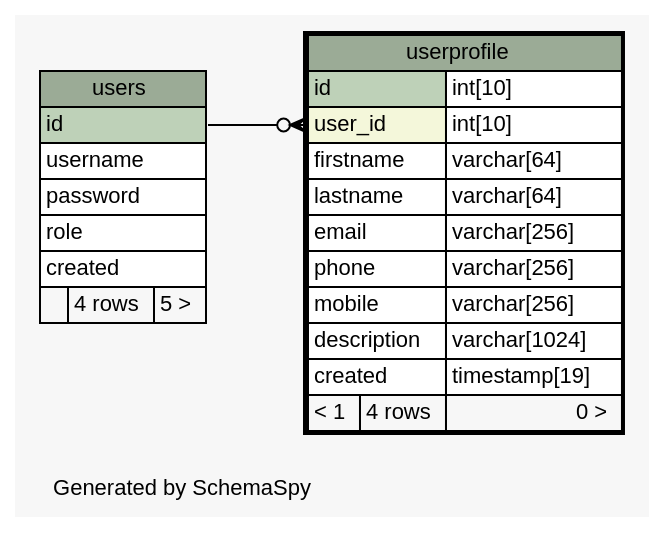
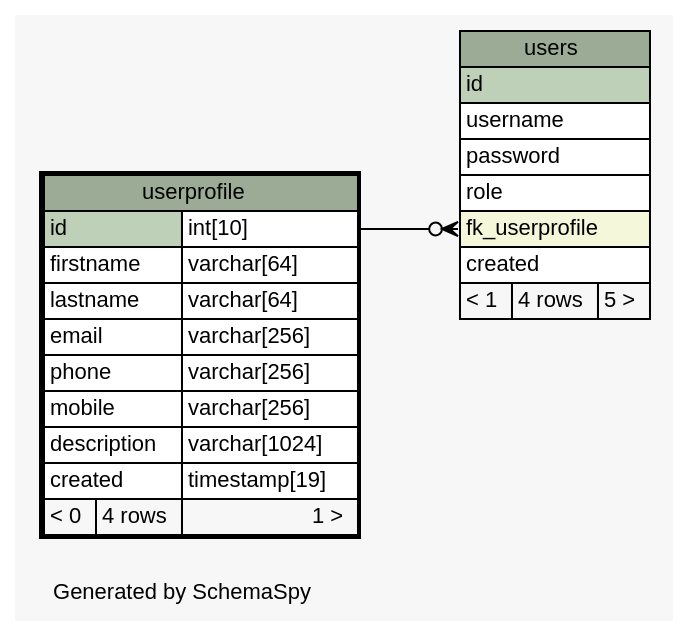
One commit to chr-krenn/chr-krenn-fhj-ws2017-sd17-pse changed the diagram in doc/db_schema/diagrams/userprofile.1degree.dot. Above: the diagram before and after it, drawn with Graphviz. The commit also changed 60 other files, not shown here.

```diff
--- a/doc/db_schema/diagrams/userprofile.1degree.dot
+++ b/doc/db_schema/diagrams/userprofile.1degree.dot
@@ -1,55 +1,55 @@
 // dot 2.40.1 on Linux 4.12.5-300.fc26.x86_64
 // SchemaSpy rev 590
 digraph "oneDegreeRelationshipsDiagram" {
   graph [
     rankdir="RL"
     bgcolor="#f7f7f7"
     label="\nGenerated by SchemaSpy"
     labeljust="l"
     nodesep="0.18"
     ranksep="0.46"
     fontname="Helvetica"
     fontsize="11"
   ];
   node [
     fontname="Helvetica"
     fontsize="11"
     shape="plaintext"
   ];
   edge [
     arrowsize="0.8"
   ];
-  "userprofile":"user_id":w -> "users":"id":e [arrowhead=none dir=back arrowtail=crowodot];
+  "users":"fk_userprofile":w -> "userprofile":"id.type":e [arrowhead=none dir=back arrowtail=crowodot];
   "userprofile" [
     label=<
     <TABLE BORDER="2" CELLBORDER="1" CELLSPACING="0" BGCOLOR="#ffffff">
       <TR><TD COLSPAN="3" BGCOLOR="#9bab96" ALIGN="CENTER">userprofile</TD></TR>
       <TR><TD PORT="id" COLSPAN="2" BGCOLOR="#bed1b8" ALIGN="LEFT">id</TD><TD PORT="id.type" ALIGN="LEFT">int[10]</TD></TR>
-      <TR><TD PORT="user_id" COLSPAN="2" BGCOLOR="#f4f7da" ALIGN="LEFT">user_id</TD><TD PORT="user_id.type" ALIGN="LEFT">int[10]</TD></TR>
       <TR><TD PORT="firstname" COLSPAN="2" ALIGN="LEFT">firstname</TD><TD PORT="firstname.type" ALIGN="LEFT">varchar[64]</TD></TR>
       <TR><TD PORT="lastname" COLSPAN="2" ALIGN="LEFT">lastname</TD><TD PORT="lastname.type" ALIGN="LEFT">varchar[64]</TD></TR>
       <TR><TD PORT="email" COLSPAN="2" ALIGN="LEFT">email</TD><TD PORT="email.type" ALIGN="LEFT">varchar[256]</TD></TR>
       <TR><TD PORT="phone" COLSPAN="2" ALIGN="LEFT">phone</TD><TD PORT="phone.type" ALIGN="LEFT">varchar[256]</TD></TR>
       <TR><TD PORT="mobile" COLSPAN="2" ALIGN="LEFT">mobile</TD><TD PORT="mobile.type" ALIGN="LEFT">varchar[256]</TD></TR>
       <TR><TD PORT="description" COLSPAN="2" ALIGN="LEFT">description</TD><TD PORT="description.type" ALIGN="LEFT">varchar[1024]</TD></TR>
       <TR><TD PORT="created" COLSPAN="2" ALIGN="LEFT">created</TD><TD PORT="created.type" ALIGN="LEFT">timestamp[19]</TD></TR>
-      <TR><TD ALIGN="LEFT" BGCOLOR="#f7f7f7">&lt; 1</TD><TD ALIGN="RIGHT" BGCOLOR="#f7f7f7">4 rows</TD><TD ALIGN="RIGHT" BGCOLOR="#f7f7f7">0 &gt;</TD></TR>
+      <TR><TD ALIGN="LEFT" BGCOLOR="#f7f7f7">&lt; 0</TD><TD ALIGN="RIGHT" BGCOLOR="#f7f7f7">4 rows</TD><TD ALIGN="RIGHT" BGCOLOR="#f7f7f7">1 &gt;</TD></TR>
     </TABLE>>
     URL="userprofile.html"
     tooltip="userprofile"
   ];
   "users" [
     label=<
     <TABLE BORDER="0" CELLBORDER="1" CELLSPACING="0" BGCOLOR="#ffffff">
       <TR><TD COLSPAN="3" BGCOLOR="#9bab96" ALIGN="CENTER">users</TD></TR>
       <TR><TD PORT="id" COLSPAN="3" BGCOLOR="#bed1b8" ALIGN="LEFT">id</TD></TR>
       <TR><TD PORT="username" COLSPAN="3" ALIGN="LEFT">username</TD></TR>
       <TR><TD PORT="password" COLSPAN="3" ALIGN="LEFT">password</TD></TR>
       <TR><TD PORT="role" COLSPAN="3" ALIGN="LEFT">role</TD></TR>
+      <TR><TD PORT="fk_userprofile" COLSPAN="3" BGCOLOR="#f4f7da" ALIGN="LEFT">fk_userprofile</TD></TR>
       <TR><TD PORT="created" COLSPAN="3" ALIGN="LEFT">created</TD></TR>
-      <TR><TD ALIGN="LEFT" BGCOLOR="#f7f7f7">  </TD><TD ALIGN="RIGHT" BGCOLOR="#f7f7f7">4 rows</TD><TD ALIGN="RIGHT" BGCOLOR="#f7f7f7">5 &gt;</TD></TR>
+      <TR><TD ALIGN="LEFT" BGCOLOR="#f7f7f7">&lt; 1</TD><TD ALIGN="RIGHT" BGCOLOR="#f7f7f7">4 rows</TD><TD ALIGN="RIGHT" BGCOLOR="#f7f7f7">5 &gt;</TD></TR>
     </TABLE>>
     URL="users.html"
     tooltip="users"
   ];
 }
```
